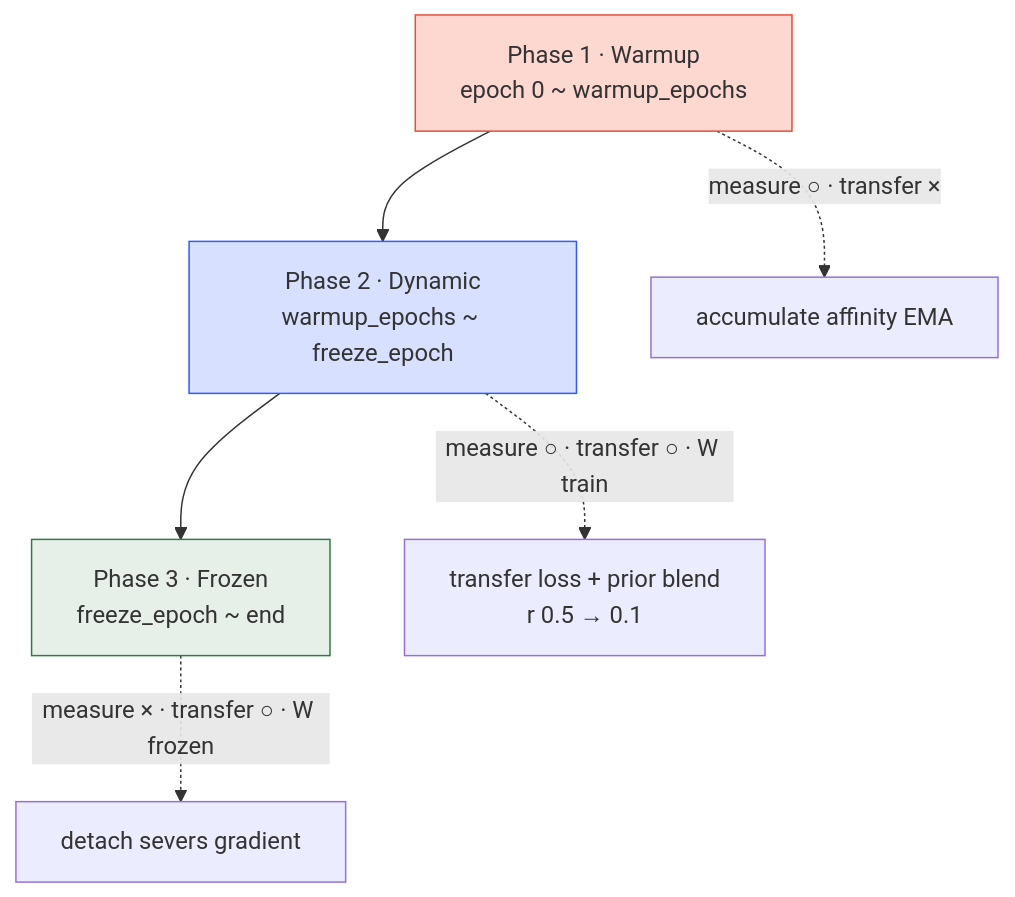
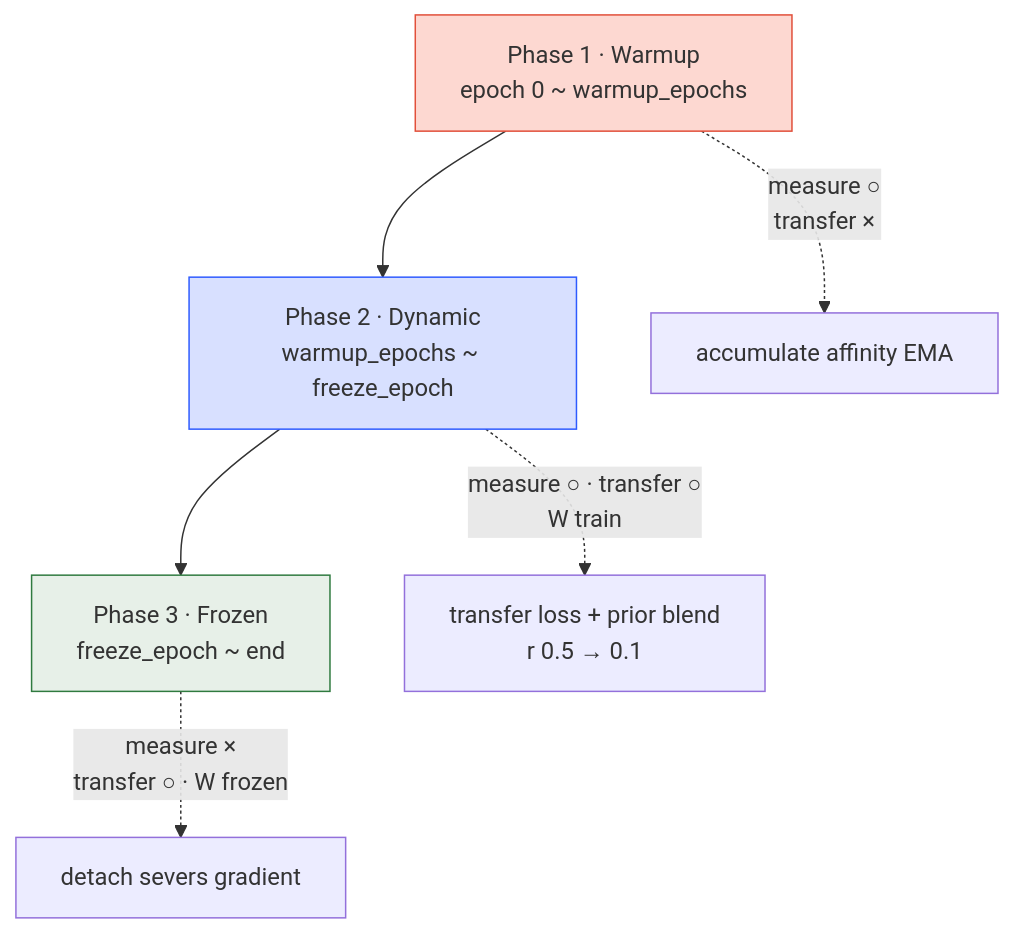
The diagram in src/content/posts/2026-04-20-adatt-3-transfer-loss-group-prior-schedule-en.md (bluethestyle/bluethestyle.github.io), drawn with Mermaid before and after one commit. The commit also changed 1 other file, not shown here.

Commit message:
viz(adatt-3): fix mid-word wrap in 3-Phase edge labels
Edge labels like "측정 O · 전이 O · W 학습" auto-wrapped at random
positions ("학\n습", "고정"). Switch to pipe-syntax with quoted
<br/> so breaks land at natural punctuation boundaries.

````diff
--- a/src/content/posts/2026-04-20-adatt-3-transfer-loss-group-prior-schedule-en.md
+++ b/src/content/posts/2026-04-20-adatt-3-transfer-loss-group-prior-schedule-en.md
@@ -174,13 +174,13 @@
 ```mermaid
 flowchart TB
   p1[Phase 1 · Warmup<br/>epoch 0 ~ warmup_epochs]
   p2[Phase 2 · Dynamic<br/>warmup_epochs ~ freeze_epoch]
   p3[Phase 3 · Frozen<br/>freeze_epoch ~ end]
   p1 --> p2 --> p3
-  p1 -. measure ○ · transfer × .-> op1[accumulate affinity EMA]
-  p2 -. measure ○ · transfer ○ · W train .-> op2[transfer loss + prior blend<br/>r 0.5 → 0.1]
-  p3 -. measure × · transfer ○ · W frozen .-> op3[detach severs gradient]
+  p1 -.->|"measure ○<br/>transfer ×"| op1[accumulate affinity EMA]
+  p2 -.->|"measure ○ · transfer ○<br/>W train"| op2[transfer loss + prior blend<br/>r 0.5 → 0.1]
+  p3 -.->|"measure ×<br/>transfer ○ · W frozen"| op3[detach severs gradient]
   style p1 fill:#FDD8D1,stroke:#E14F3A
   style p2 fill:#D8E0FF,stroke:#2E5BFF
   style p3 fill:#E7F0E8,stroke:#2F7A3F
 ```
````
